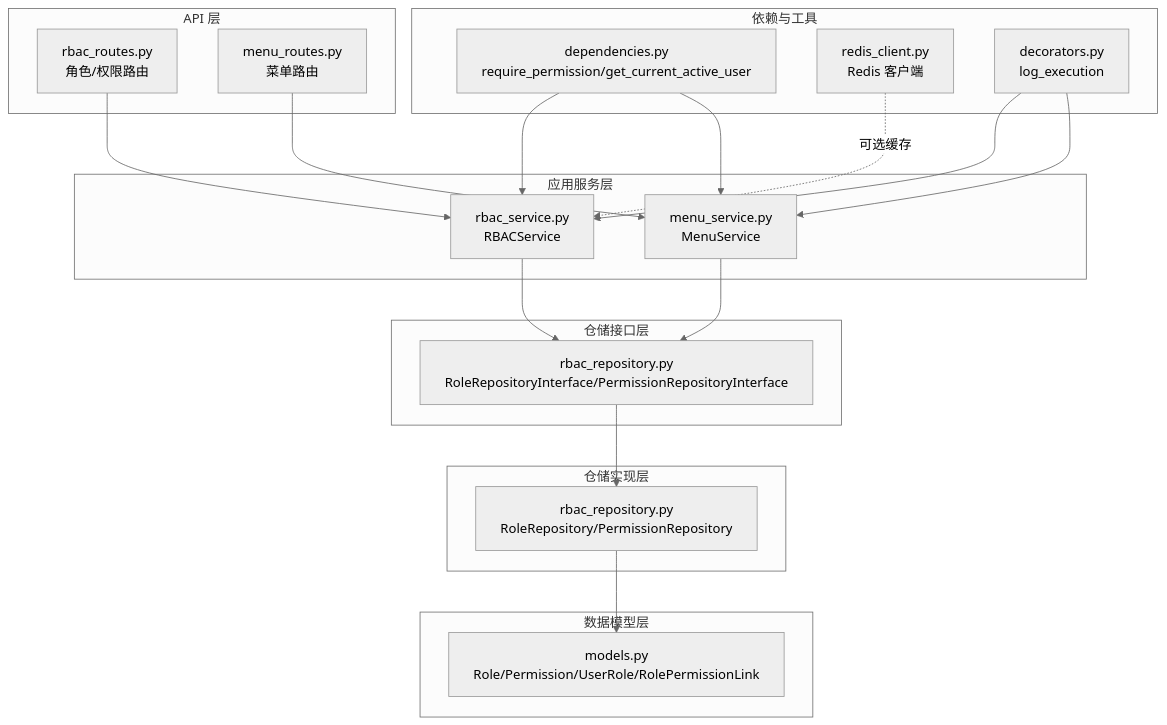
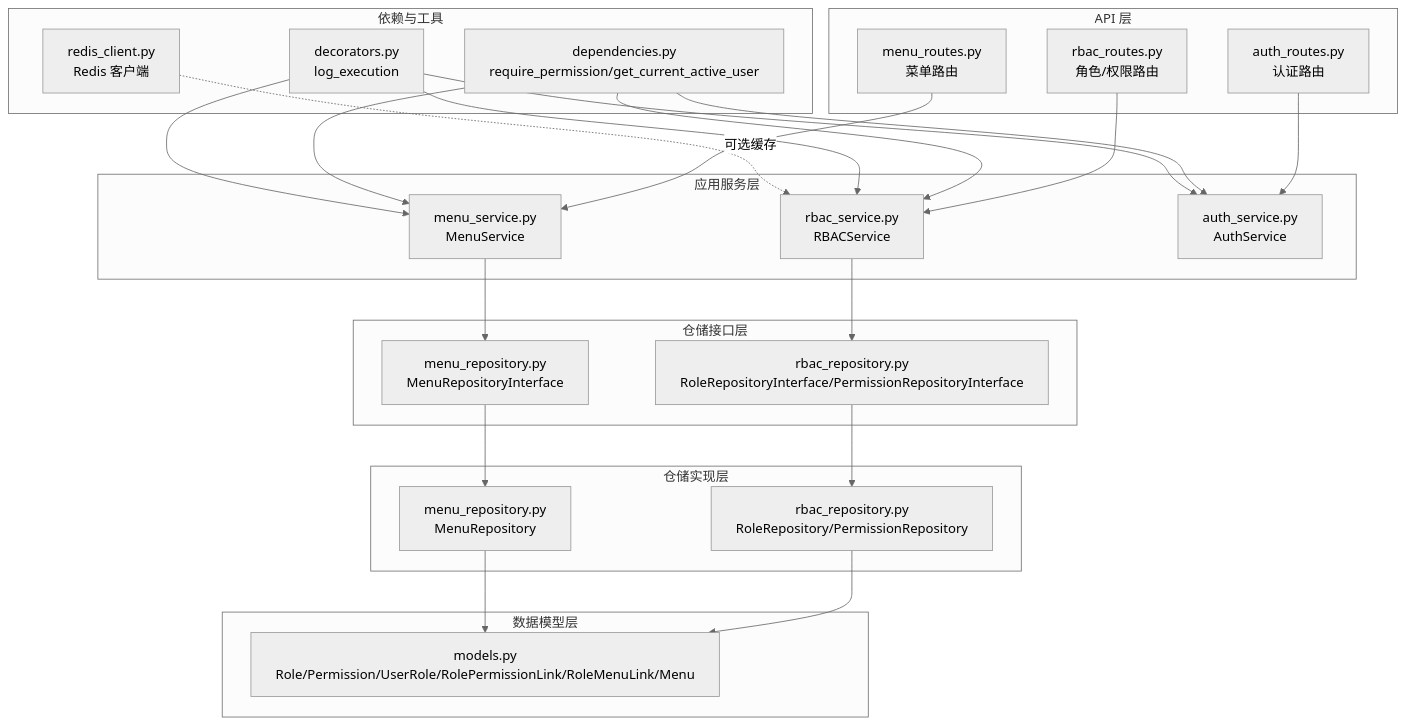
Before and after one commit to taoweidong/Hello-FastApi: the first of 6 diagrams in .qoder/repowiki/zh/content/API 接口文档/RBAC 权限管理接口.md, drawn with Mermaid (neutral theme). The commit also changed other lines of this file and 9 other files, not shown here.

````diff
--- a/.qoder/repowiki/zh/content/API 接口文档/RBAC 权限管理接口.md
+++ b/.qoder/repowiki/zh/content/API 接口文档/RBAC 权限管理接口.md
@@ -41,36 +51,45 @@
 ```mermaid
 graph TB
 subgraph "API 层"
 R["rbac_routes.py<br/>角色/权限路由"]
 M["menu_routes.py<br/>菜单路由"]
+AR["auth_routes.py<br/>认证路由"]
 end
 subgraph "应用服务层"
 S["rbac_service.py<br/>RBACService"]
 MS["menu_service.py<br/>MenuService"]
+AS["auth_service.py<br/>AuthService"]
 end
 subgraph "仓储接口层"
 RI["rbac_repository.py<br/>RoleRepositoryInterface/PermissionRepositoryInterface"]
+MI["menu_repository.py<br/>MenuRepositoryInterface"]
 end
 subgraph "仓储实现层"
 RP["rbac_repository.py<br/>RoleRepository/PermissionRepository"]
+MP["menu_repository.py<br/>MenuRepository"]
 end
 subgraph "数据模型层"
-DM["models.py<br/>Role/Permission/UserRole/RolePermissionLink"]
+DM["models.py<br/>Role/Permission/UserRole/RolePermissionLink/RoleMenuLink/Menu"]
 end
 subgraph "依赖与工具"
 D["dependencies.py<br/>require_permission/get_current_active_user"]
 RC["redis_client.py<br/>Redis 客户端"]
 DEC["decorators.py<br/>log_execution"]
 end
 R --> S
 M --> MS
+AR --> AS
 S --> RI
-MS --> RI
+MS --> MI
 RI --> RP
+MI --> MP
 RP --> DM
+MP --> DM
 D --> S
 D --> MS
+D --> AS
 DEC --> S
 DEC --> MS
+DEC --> AS
 RC -. 可选缓存 .-> S
 ```
````
